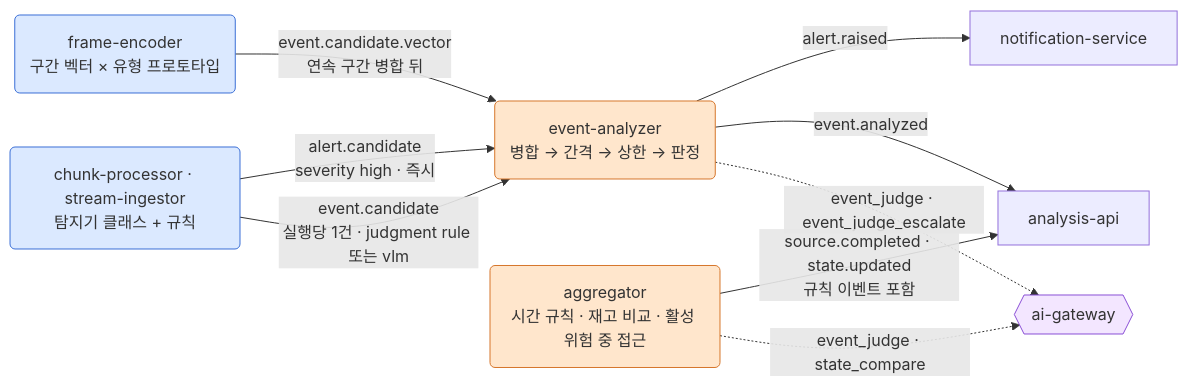
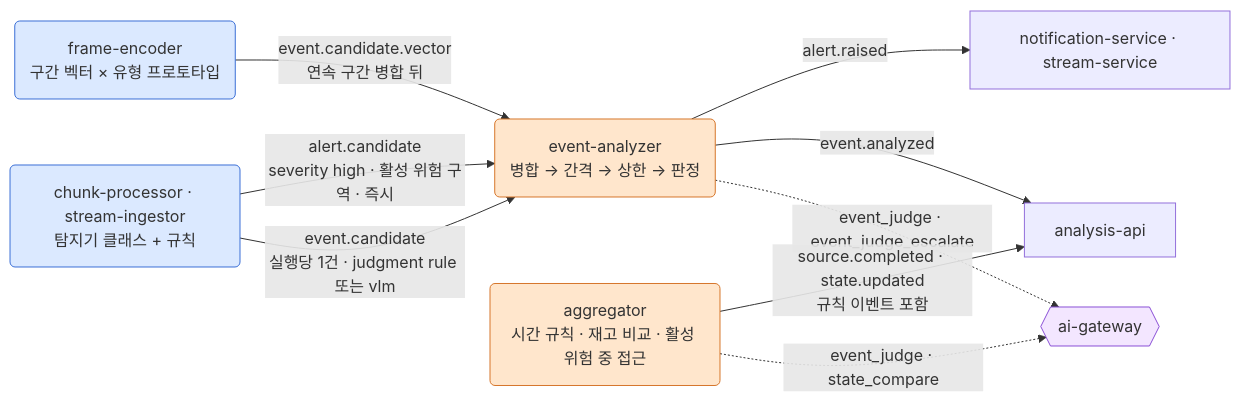
Before and after one commit to p5-3-final/docs: the eighth of 11 diagrams in docs/architecture/architecture.md, drawn with Mermaid. The commit also changed other lines of this file and 9 other files, not shown here.

First line of the commit message:
docs(architecture): v5.1 재검토 반영과 ADR-0015~0017 추가

````diff
--- a/docs/architecture/architecture.md
+++ b/docs/architecture/architecture.md
@@ -503,15 +511,15 @@
 ```mermaid
 flowchart LR
   classDef chunk fill:#dbe9ff,stroke:#3b6fd6
   classDef judge fill:#ffe6cc,stroke:#d6762b
   classDef gw fill:#f3e6ff,stroke:#8a4fd6
   CP(chunk-processor · stream-ingestor<br/>탐지기 클래스 + 규칙):::chunk -->|event.candidate<br/>실행당 1건 · judgment rule 또는 vlm| EA
-  CP -->|alert.candidate<br/>severity high · 즉시| EA
+  CP -->|alert.candidate<br/>severity high · 활성 위험 구역 · 즉시| EA
   FE(frame-encoder<br/>구간 벡터 × 유형 프로토타입):::chunk -->|event.candidate.vector<br/>연속 구간 병합 뒤| EA
   EA(event-analyzer<br/>병합 → 간격 → 상한 → 판정):::judge
   EA -.->|event_judge · event_judge_escalate| GW{{ai-gateway}}:::gw
   EA -->|event.analyzed| AN[analysis-api]
-  EA -->|alert.raised| NT[notification-service]
+  EA -->|alert.raised| NT[notification-service · stream-service]
   AG(aggregator<br/>시간 규칙 · 재고 비교 · 활성 위험 중 접근):::judge -.->|event_judge · state_compare| GW
   AG -->|source.completed · state.updated<br/>규칙 이벤트 포함| AN
 ```
````
